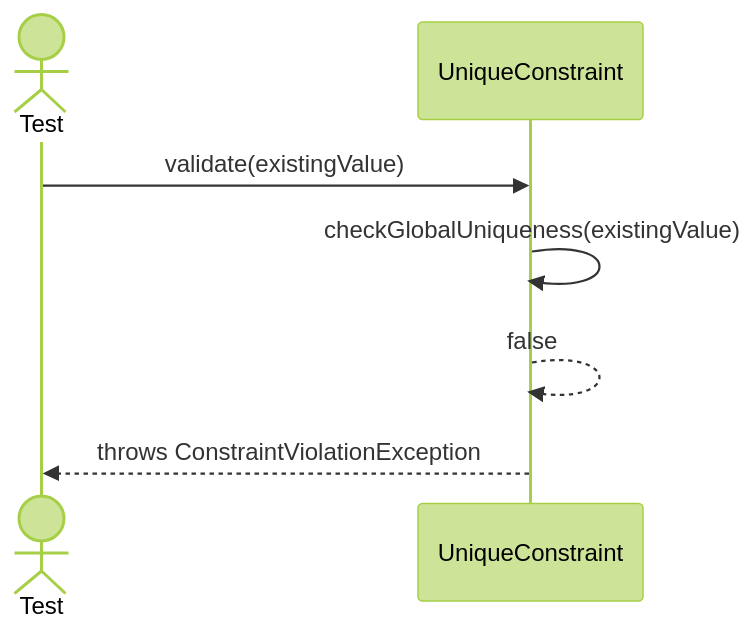
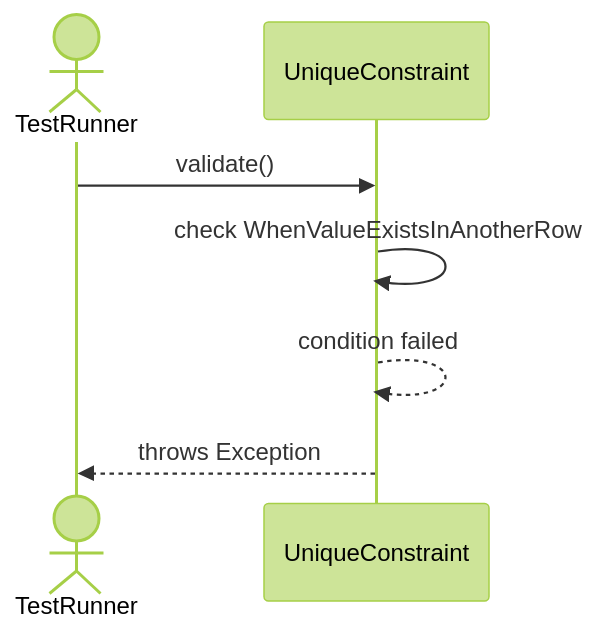
Before and after one commit to TamBui1706/DBMS: the second of 3 diagrams in Sequences/DatabaseObjectManagement/UniqueConstraint.md, drawn with Mermaid (forest theme). The commit also changed other lines of this file and 63 other files, not shown here.

Commit message:
Draw sequence diagram for unit tests

````diff
--- a/Sequences/DatabaseObjectManagement/UniqueConstraint.md
+++ b/Sequences/DatabaseObjectManagement/UniqueConstraint.md
@@ -27,10 +26,9 @@
 ```mermaid
 sequenceDiagram
-    actor Test
+    actor TestRunner
     participant UniqueConstraint
-
-    Test->>UniqueConstraint: validate(existingValue)
-    UniqueConstraint->>UniqueConstraint: checkGlobalUniqueness(existingValue)
-    UniqueConstraint-->>UniqueConstraint: false
-    UniqueConstraint-->>Test: throws ConstraintViolationException
+    TestRunner->>UniqueConstraint: validate()
+    UniqueConstraint->>UniqueConstraint: check WhenValueExistsInAnotherRow
+    UniqueConstraint-->>UniqueConstraint: condition failed
+    UniqueConstraint-->>TestRunner: throws Exception
 ```
````
